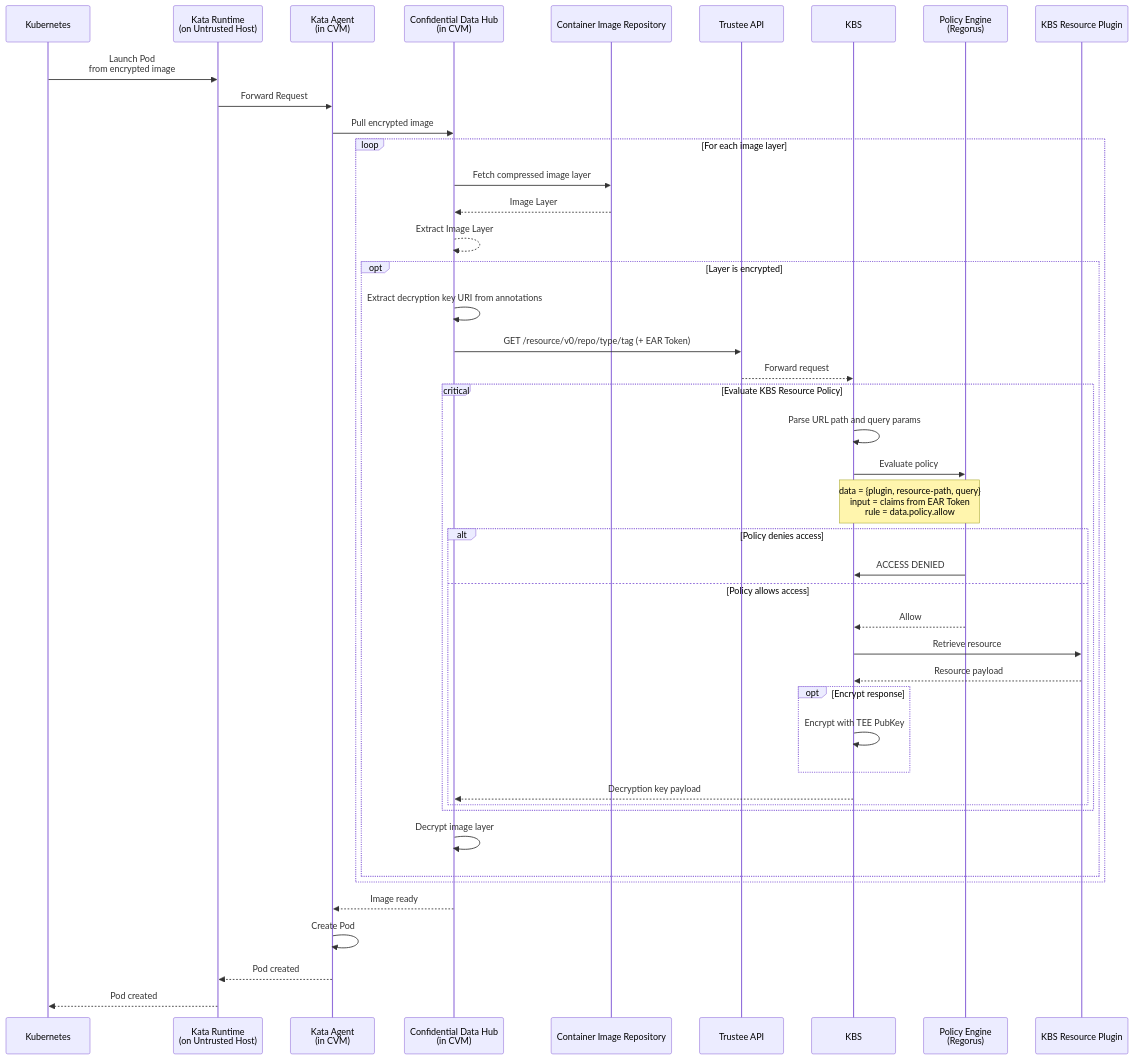
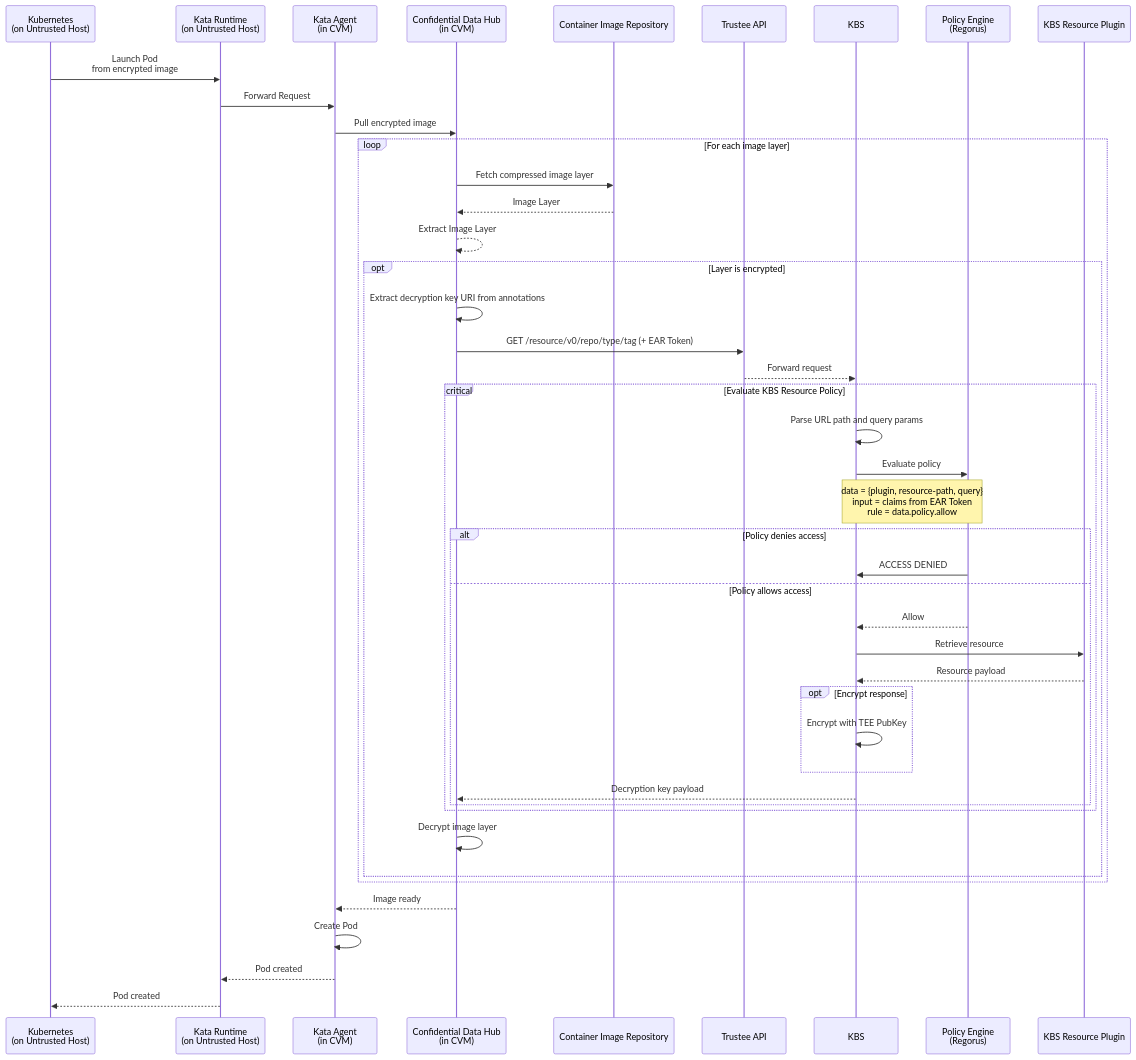
Before and after one commit to amd-cmaxwell/trustee: the sixth of 6 diagrams in kbs/src/plugins/implementations/sams/README.md, drawn with Mermaid. The commit also changed other lines of this file, not shown here.

Commit message:
update sequenceDiagram to reflect that k8s runs on untrusted hosts

````diff
--- a/kbs/src/plugins/implementations/sams/README.md
+++ b/kbs/src/plugins/implementations/sams/README.md
@@ -274,55 +274,55 @@
 ```mermaid
 sequenceDiagram
-    participant k8s as Kubernetes
+    participant k8s as Kubernetes<br>(on Untrusted Host)
     participant kata_runtime as Kata Runtime<br>(on Untrusted Host)
     participant kata_agent as Kata Agent<br>(in CVM)
     participant cdh as Confidential Data Hub<br>(in CVM)
     participant image_repo as Container Image Repository
     participant api as Trustee API
     participant kbs as KBS
     participant policy_engine as Policy Engine<br>(Regorus)
     participant kbs_resource as KBS Resource Plugin
-    participant k8s as Kubernetes
+    participant k8s as Kubernetes<br>(on Untrusted Host)
 
     k8s ->> kata_runtime: Launch Pod <br>from encrypted image
     kata_runtime ->> kata_agent: Forward Request
     kata_agent ->> cdh: Pull encrypted image
 
     loop For each image layer
         cdh ->> image_repo: Fetch compressed image layer
         image_repo -->> cdh: Image Layer
         cdh -->> cdh: Extract Image Layer
 
         opt Layer is encrypted
             cdh ->> cdh: Extract decryption key URI from annotations
 
             cdh ->> api: GET /resource/v0/repo/type/tag (+ EAR Token)
             api -->> kbs: Forward request
 
             critical Evaluate KBS Resource Policy
                 kbs ->> kbs: Parse URL path and query params
                 kbs ->> policy_engine: Evaluate policy
                 note over kbs, policy_engine: data = {plugin, resource-path, query}<br>input = claims from EAR Token<br>rule = data.policy.allow
 
                 alt Policy denies access
                     policy_engine ->> kbs: ACCESS DENIED
                 else Policy allows access
                     policy_engine -->> kbs: Allow
                     kbs ->> kbs_resource: Retrieve resource
                     kbs_resource -->> kbs: Resource payload
                     opt Encrypt response
                         kbs ->> kbs: Encrypt with TEE PubKey
                     end
                     kbs -->> cdh: Decryption key payload
                 end
             end
 
             cdh ->> cdh: Decrypt image layer
         end
     end
 
     cdh -->> kata_agent: Image ready
     kata_agent ->> kata_agent: Create Pod
     kata_agent -->> kata_runtime: Pod created
     kata_runtime -->> k8s: Pod created
 ```
````
